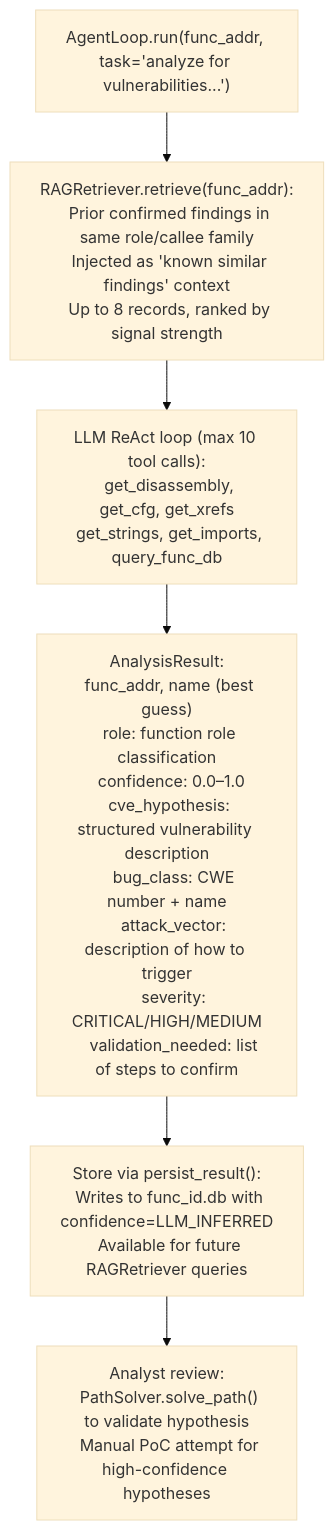
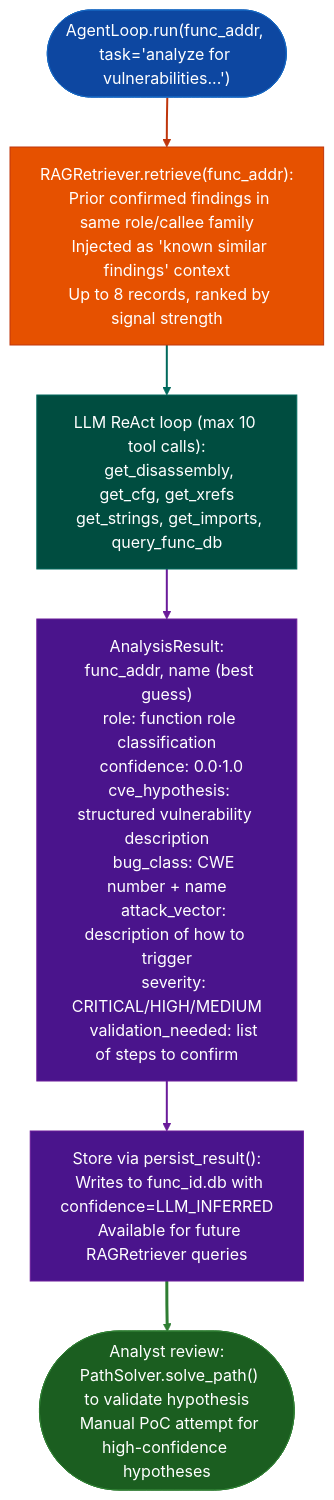
The diagram in docs/reference-modules/assisted-vulnerability-hypotheses.md (Ablation-Tool/ablation), drawn with Mermaid (base theme) before and after one commit. The commit also changed 320 other files, not shown here.

First line of the commit message:
docs: apply canonical Mermaid template to all 321 diagrams

````diff
--- a/docs/reference-modules/assisted-vulnerability-hypotheses.md
+++ b/docs/reference-modules/assisted-vulnerability-hypotheses.md
@@ -19,8 +19,19 @@
 ```mermaid
 flowchart TD
-    A["AgentLoop.run(func_addr, task='analyze for vulnerabilities...')"] --> B["RAGRetriever.retrieve(func_addr):\n  Prior confirmed findings in same role/callee family\n  Injected as 'known similar findings' context\n  Up to 8 records, ranked by signal strength"]
-    B --> C["LLM ReAct loop (max 10 tool calls):\n  get_disassembly, get_cfg, get_xrefs\n  get_strings, get_imports, query_func_db"]
-    C --> D["AnalysisResult:\n  func_addr, name (best guess)\n  role: function role classification\n  confidence: 0.0–1.0\n  cve_hypothesis: structured vulnerability description\n    bug_class: CWE number + name\n    attack_vector: description of how to trigger\n    severity: CRITICAL/HIGH/MEDIUM\n    validation_needed: list of steps to confirm"]
-    D --> E["Store via persist_result():\n  Writes to func_id.db with confidence=LLM_INFERRED\n  Available for future RAGRetriever queries"]
-    E --> F["Analyst review:\n  PathSolver.solve_path() to validate hypothesis\n  Manual PoC attempt for high-confidence hypotheses"]
+    A(["AgentLoop.run(func_addr, task='analyze for vulnerabilities...')"]):::input --> B["RAGRetriever.retrieve(func_addr):\n  Prior confirmed findings in same role/callee family\n  Injected as 'known similar findings' context\n  Up to 8 records, ranked by signal strength"]:::primary
+    B:::primary --> C["LLM ReAct loop (max 10 tool calls):\n  get_disassembly, get_cfg, get_xrefs\n  get_strings, get_imports, query_func_db"]:::secondary
+    C:::secondary --> D["AnalysisResult:\n  func_addr, name (best guess)\n  role: function role classification\n  confidence: 0.0·1.0\n  cve_hypothesis: structured vulnerability description\n    bug_class: CWE number + name\n    attack_vector: description of how to trigger\n    severity: CRITICAL/HIGH/MEDIUM\n    validation_needed: list of steps to confirm"]:::tertiary
+    D:::tertiary --> E["Store via persist_result():\n  Writes to func_id.db with confidence=LLM_INFERRED\n  Available for future RAGRetriever queries"]:::tertiary
+    E:::tertiary --> F(["Analyst review:\n  PathSolver.solve_path() to validate hypothesis\n  Manual PoC attempt for high-confidence hypotheses"]):::output
+    classDef input     fill:#0d47a1,stroke:#1565c0,color:#fff
+    classDef primary   fill:#e65100,stroke:#bf360c,color:#fff
+    classDef secondary fill:#004d40,stroke:#00695c,color:#fff
+    classDef tertiary  fill:#4a148c,stroke:#6a1b9a,color:#fff
+    classDef neutral   fill:#37474f,stroke:#546e7a,color:#fff
+    classDef output    fill:#1b5e20,stroke:#2e7d32,color:#fff
+    linkStyle 0 stroke:#bf360c,stroke-width:2px
+    linkStyle 1 stroke:#00695c,stroke-width:2px
+    linkStyle 2 stroke:#6a1b9a,stroke-width:2px
+    linkStyle 3 stroke:#6a1b9a,stroke-width:2px
+    linkStyle 4 stroke:#2e7d32,stroke-width:3px
 ```
````
